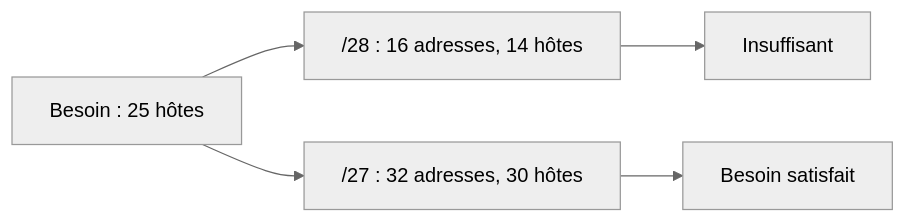
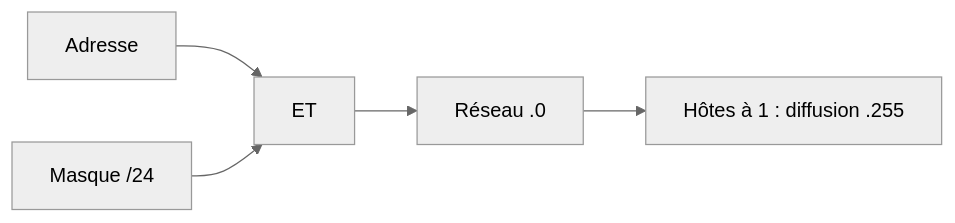
The diagram in docs/modules/01-bases-reseaux/module-03-l-adressage-ipv4.md (sk34pk25/tssr-cours), drawn with Mermaid (neutral theme) before and after one commit. The commit also changed other lines of this file and 18 other files, not shown here.

````diff
--- a/docs/modules/01-bases-reseaux/module-03-l-adressage-ipv4.md
+++ b/docs/modules/01-bases-reseaux/module-03-l-adressage-ipv4.md
@@ -85,7 +44,7 @@
 ```mermaid
 flowchart LR
- A["Besoin : 25 hôtes"] --> B["/28 : 16 adresses, 14 hôtes"]
- B --> C["Insuffisant"]
- A --> D["/27 : 32 adresses, 30 hôtes"]
- D --> E["Besoin satisfait"]
+    A["Adresse"] --> E["ET"]
+    M["Masque /24"] --> E
+    E --> R["Réseau .0"]
+    R --> B["Hôtes à 1 : diffusion .255"]
 ```
````
